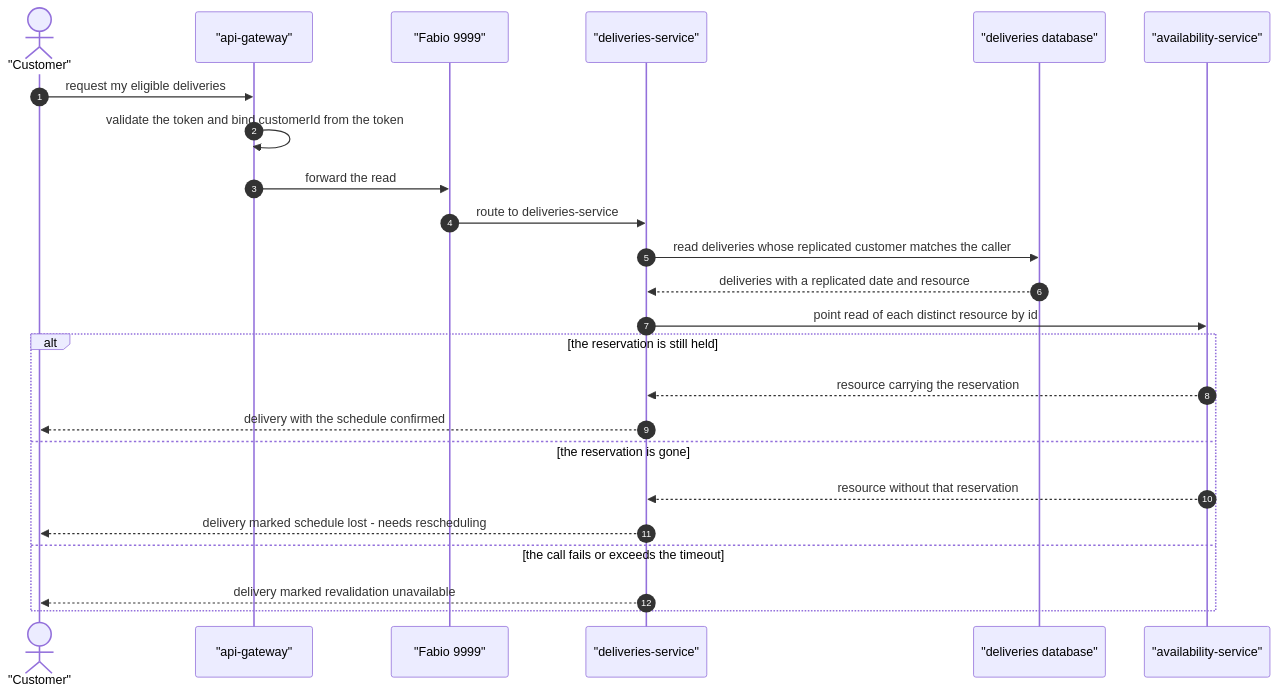
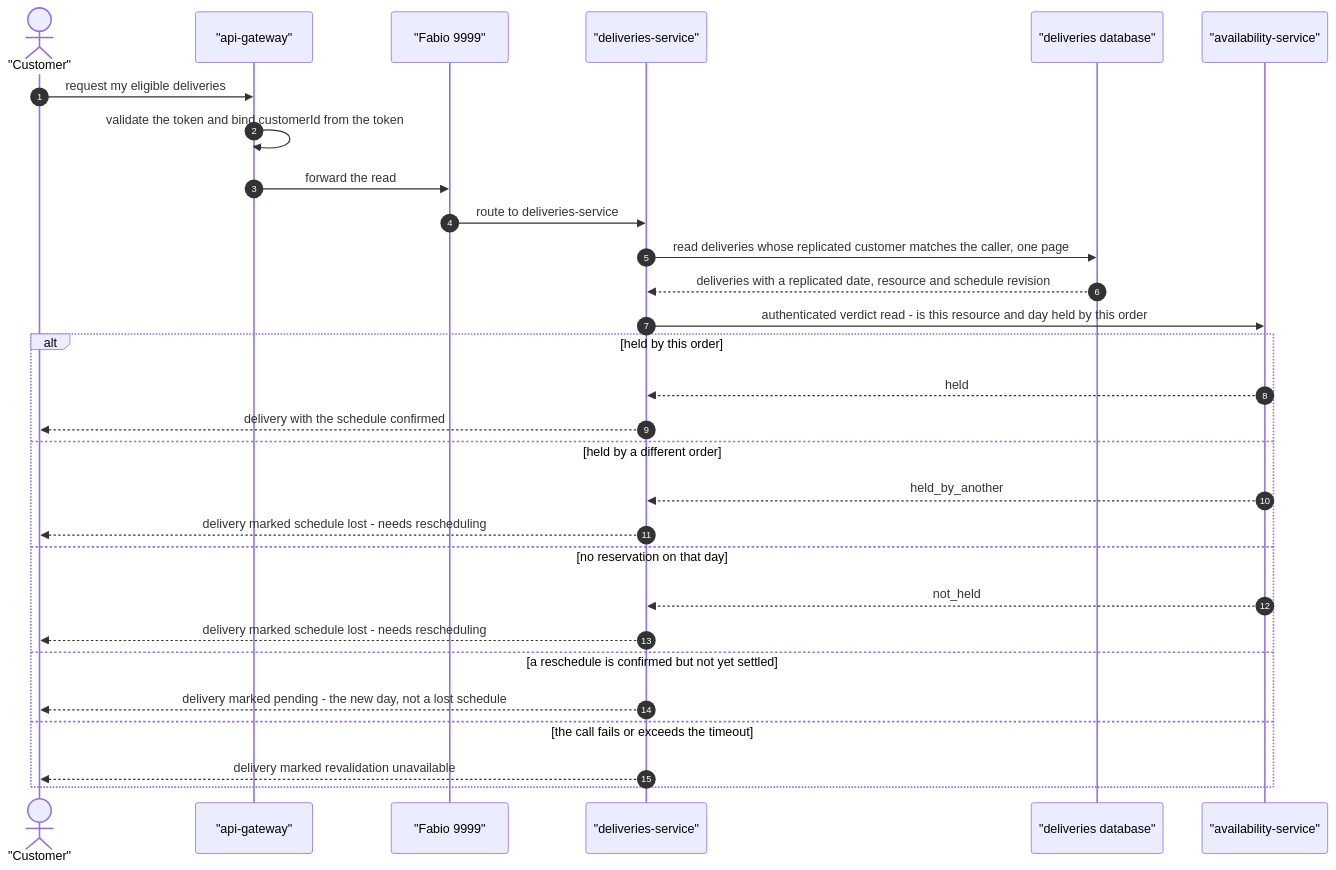
Before and after one commit to hianshul100/Pacco.Context: diagram 17 of 26 in docs/architecture-inventory/architecture-views.md, drawn with Mermaid. The commit also changed other lines of this file and 12 other files, not shown here.

````diff
--- a/docs/architecture-inventory/architecture-views.md
+++ b/docs/architecture-inventory/architecture-views.md
@@ -1023,26 +1078,31 @@
 ```mermaid
 sequenceDiagram
     autonumber
     actor CUS as "Customer"
     participant GW as "api-gateway"
     participant FAB as "Fabio 9999"
     participant DEL as "deliveries-service"
     participant DB as "deliveries database"
     participant AV as "availability-service"
     CUS->>GW: request my eligible deliveries
     GW->>GW: validate the token and bind customerId from the token
     GW->>FAB: forward the read
     FAB->>DEL: route to deliveries-service
-    DEL->>DB: read deliveries whose replicated customer matches the caller
-    DB-->>DEL: deliveries with a replicated date and resource
-    DEL->>AV: point read of each distinct resource by id
-    alt the reservation is still held
-        AV-->>DEL: resource carrying the reservation
+    DEL->>DB: read deliveries whose replicated customer matches the caller, one page
+    DB-->>DEL: deliveries with a replicated date, resource and schedule revision
+    DEL->>AV: authenticated verdict read - is this resource and day held by this order
+    alt held by this order
+        AV-->>DEL: held
         DEL-->>CUS: delivery with the schedule confirmed
-    else the reservation is gone
-        AV-->>DEL: resource without that reservation
+    else held by a different order
+        AV-->>DEL: held_by_another
         DEL-->>CUS: delivery marked schedule lost - needs rescheduling
+    else no reservation on that day
+        AV-->>DEL: not_held
+        DEL-->>CUS: delivery marked schedule lost - needs rescheduling
+    else a reschedule is confirmed but not yet settled
+        DEL-->>CUS: delivery marked pending - the new day, not a lost schedule
     else the call fails or exceeds the timeout
         DEL-->>CUS: delivery marked revalidation unavailable
     end
 ```
````
